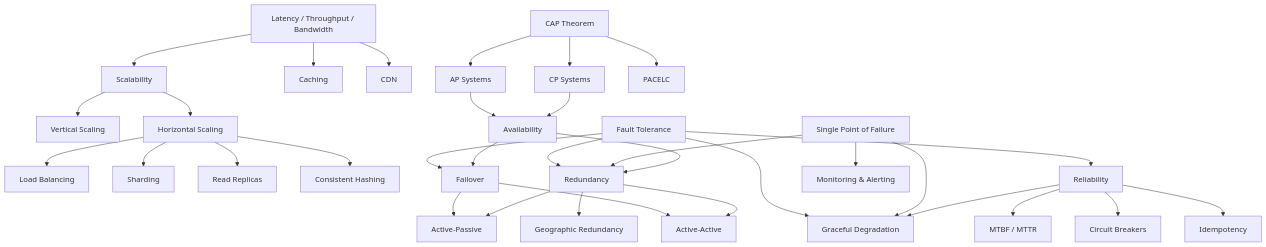
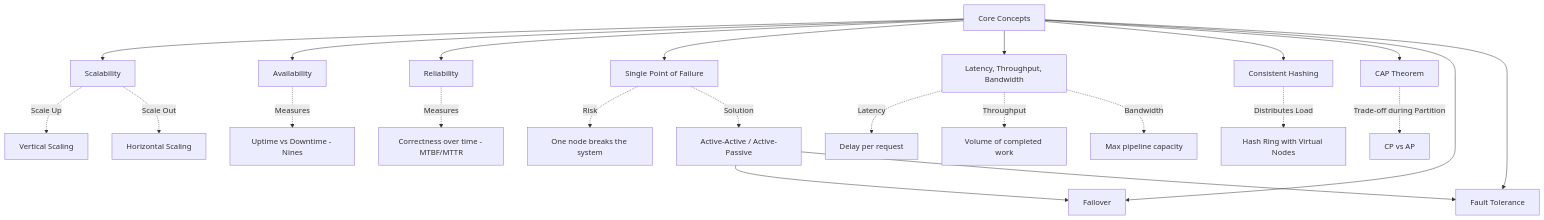
One commit to async-ar15/Lab changed the diagram in HLD/Theory/01 Core Concepts/theory-super.md. Above: the diagram before and after it, drawn with Mermaid. The commit also changed other lines of this file, not shown here.

Commit message:
Update theory-super.md for 01 Core Concepts

````diff
--- a/HLD/Theory/01 Core Concepts/theory-super.md
+++ b/HLD/Theory/01 Core Concepts/theory-super.md
@@ -5,41 +5,31 @@
 ```mermaid
 graph TB
-    SC[Scalability] --> VS[Vertical Scaling]
-    SC --> HS[Horizontal Scaling]
-    HS --> LB[Load Balancing]
-    HS --> SH[Sharding]
-    HS --> RR[Read Replicas]
-    HS --> CH[Consistent Hashing]
+    CC[Core Concepts] --> SCAL[Scalability]
+    CC --> AVAIL[Availability]
+    CC --> REL[Reliability]
+    CC --> SPOF[Single Point of Failure]
+    CC --> METRICS[Latency, Throughput, Bandwidth]
+    CC --> HASH[Consistent Hashing]
+    CC --> CAP[CAP Theorem]
+    CC --> FAILOVER[Failover]
+    CC --> FT[Fault Tolerance]
 
-    AV[Availability] --> RED[Redundancy]
-    RED --> AP_[Active-Passive]
-    RED --> AA[Active-Active]
-    RED --> GR[Geographic Redundancy]
-    AV --> FO[Failover]
-    FO --> AP_
-    FO --> AA
+    SCAL -.->|Scale Up| V_SCALE[Vertical Scaling]
+    SCAL -.->|Scale Out| H_SCALE[Horizontal Scaling]
+    
+    AVAIL -.->|Measures| UPTIME[Uptime vs Downtime - Nines]
+    REL -.->|Measures| CORRECT[Correctness over time - MTBF/MTTR]
+    
+    SPOF -.->|Risk| BOTTLENECK[One node breaks the system]
+    SPOF -.->|Solution| REDUNDANCY[Active-Active / Active-Passive]
+    REDUNDANCY --> FAILOVER
+    REDUNDANCY --> FT
 
-    RL[Reliability] --> MTBF[MTBF / MTTR]
-    RL --> GD[Graceful Degradation]
-    RL --> CB[Circuit Breakers]
-    RL --> ID[Idempotency]
+    METRICS -.->|Latency| LAT[Delay per request]
+    METRICS -.->|Throughput| THR[Volume of completed work]
+    METRICS -.->|Bandwidth| BW[Max pipeline capacity]
 
-    SPOF[Single Point of Failure] --> RED
-    SPOF --> GD
-    SPOF --> MON[Monitoring & Alerting]
-
-    PERF[Latency / Throughput / Bandwidth] --> SC
-    PERF --> CACHE[Caching]
-    PERF --> CDN[CDN]
-
-    CAP[CAP Theorem] --> CP[CP Systems]
-    CAP --> APsys[AP Systems]
-    CAP --> PACELC[PACELC]
-    CP --> AV
-    APsys --> AV
-
-    FT[Fault Tolerance] --> RED
-    FT --> FO
-    FT --> GD
-    FT --> RL
+    HASH -.->|Distributes Load| CH_RING[Hash Ring with Virtual Nodes]
+    
+    CAP -.->|Trade-off during Partition| P_TOL[CP vs AP]
 ```
````
